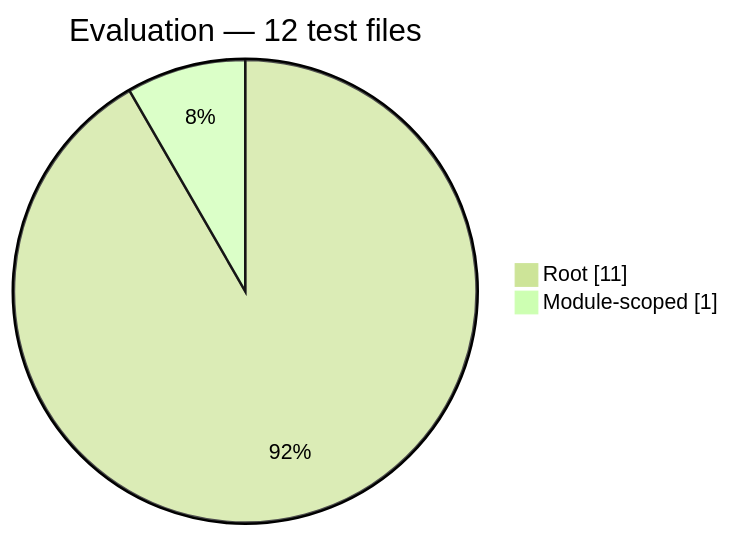
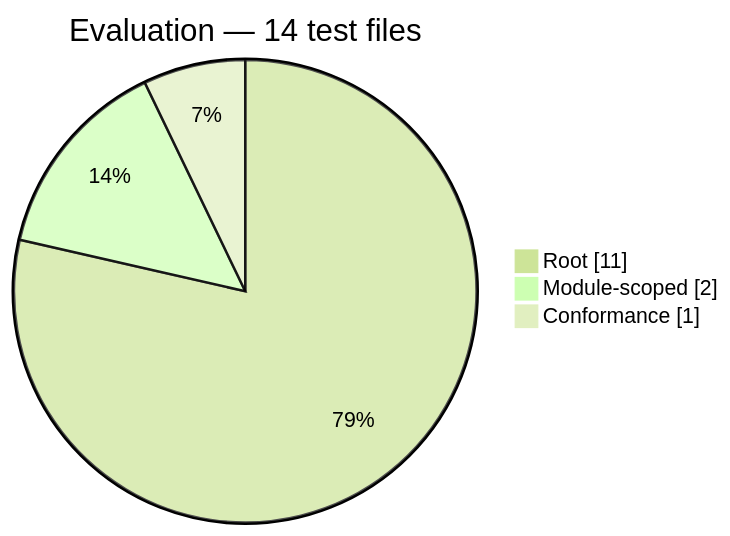
Before and after one commit to Mohammed-Alama/php-arazzo: the third of 12 diagrams in docs/generated/test-composition.md, drawn with Mermaid (forest theme). The commit also changed other lines of this file and 26 other files, not shown here.

````diff
--- a/docs/generated/test-composition.md
+++ b/docs/generated/test-composition.md
@@ -44,6 +44,7 @@
 ```mermaid
 pie showData
-    title Evaluation — 12 test files
+    title Evaluation — 14 test files
     "Root": 11
-    "Module-scoped": 1
+    "Module-scoped": 2
+    "Conformance": 1
 ```
````
